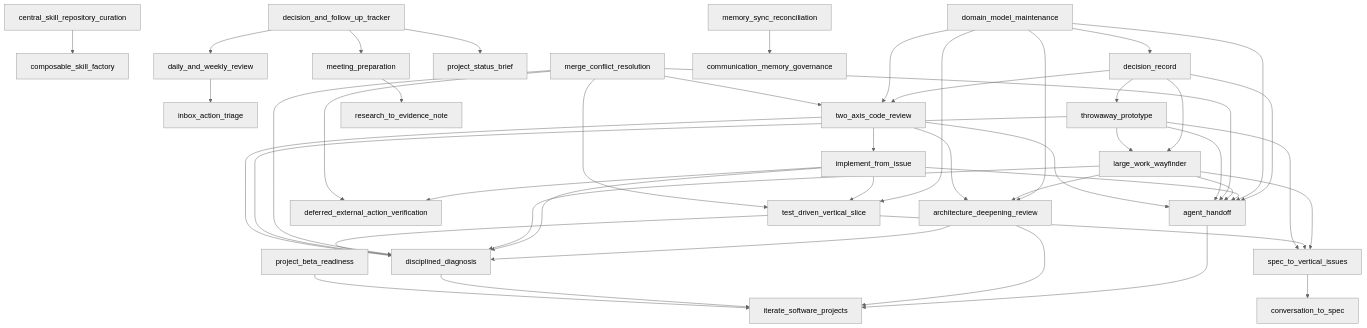
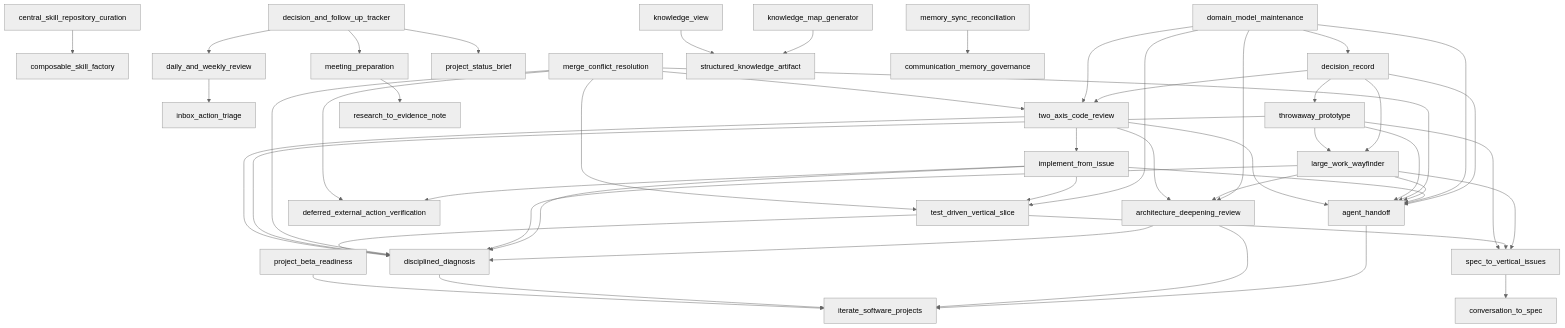
One commit to GithubLarsKomo/skillz changed the diagram in docs/SKILL-DEPENDENCIES.md. Above: the diagram before and after it, drawn with Mermaid (neutral theme). The commit also changed other lines of this file and 4 other files, not shown here.

````diff
--- a/docs/SKILL-DEPENDENCIES.md
+++ b/docs/SKILL-DEPENDENCIES.md
@@ -5,48 +5,50 @@
 ```mermaid
 graph TD
   agent_handoff --> iterate_software_projects
   architecture_deepening_review --> disciplined_diagnosis
   architecture_deepening_review --> iterate_software_projects
   central_skill_repository_curation --> composable_skill_factory
   daily_and_weekly_review --> inbox_action_triage
   decision_and_follow_up_tracker --> daily_and_weekly_review
   decision_and_follow_up_tracker --> meeting_preparation
   decision_and_follow_up_tracker --> project_status_brief
   decision_record --> agent_handoff
   decision_record --> large_work_wayfinder
   decision_record --> throwaway_prototype
   decision_record --> two_axis_code_review
   disciplined_diagnosis --> iterate_software_projects
   domain_model_maintenance --> agent_handoff
   domain_model_maintenance --> architecture_deepening_review
   domain_model_maintenance --> decision_record
   domain_model_maintenance --> test_driven_vertical_slice
   domain_model_maintenance --> two_axis_code_review
   implement_from_issue --> agent_handoff
   implement_from_issue --> deferred_external_action_verification
   implement_from_issue --> disciplined_diagnosis
   implement_from_issue --> test_driven_vertical_slice
+  knowledge_map_generator --> structured_knowledge_artifact
+  knowledge_view --> structured_knowledge_artifact
   large_work_wayfinder --> agent_handoff
   large_work_wayfinder --> architecture_deepening_review
   large_work_wayfinder --> disciplined_diagnosis
   large_work_wayfinder --> spec_to_vertical_issues
   meeting_preparation --> research_to_evidence_note
   memory_sync_reconciliation --> communication_memory_governance
   merge_conflict_resolution --> agent_handoff
   merge_conflict_resolution --> deferred_external_action_verification
   merge_conflict_resolution --> disciplined_diagnosis
   merge_conflict_resolution --> test_driven_vertical_slice
   merge_conflict_resolution --> two_axis_code_review
   project_beta_readiness --> iterate_software_projects
   spec_to_vertical_issues --> conversation_to_spec
   test_driven_vertical_slice --> disciplined_diagnosis
   test_driven_vertical_slice --> spec_to_vertical_issues
   throwaway_prototype --> agent_handoff
   throwaway_prototype --> disciplined_diagnosis
   throwaway_prototype --> large_work_wayfinder
   throwaway_prototype --> spec_to_vertical_issues
   two_axis_code_review --> agent_handoff
   two_axis_code_review --> architecture_deepening_review
   two_axis_code_review --> disciplined_diagnosis
   two_axis_code_review --> implement_from_issue
 ```
````
